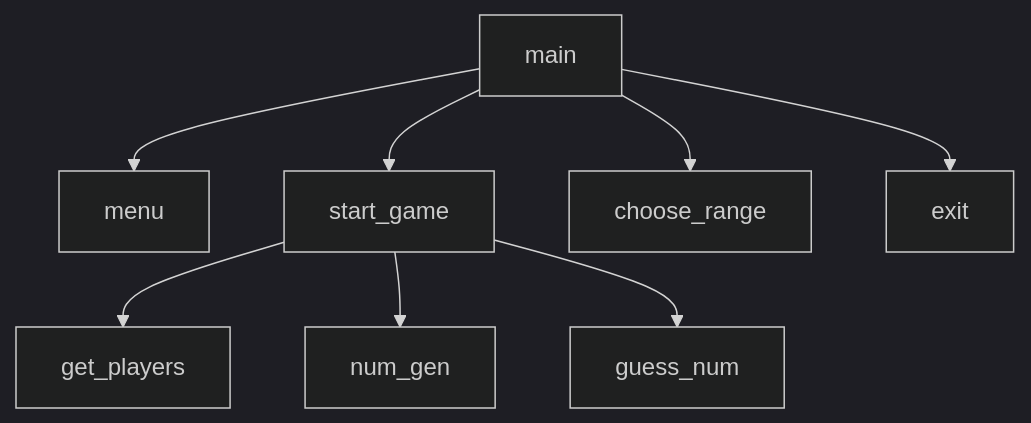
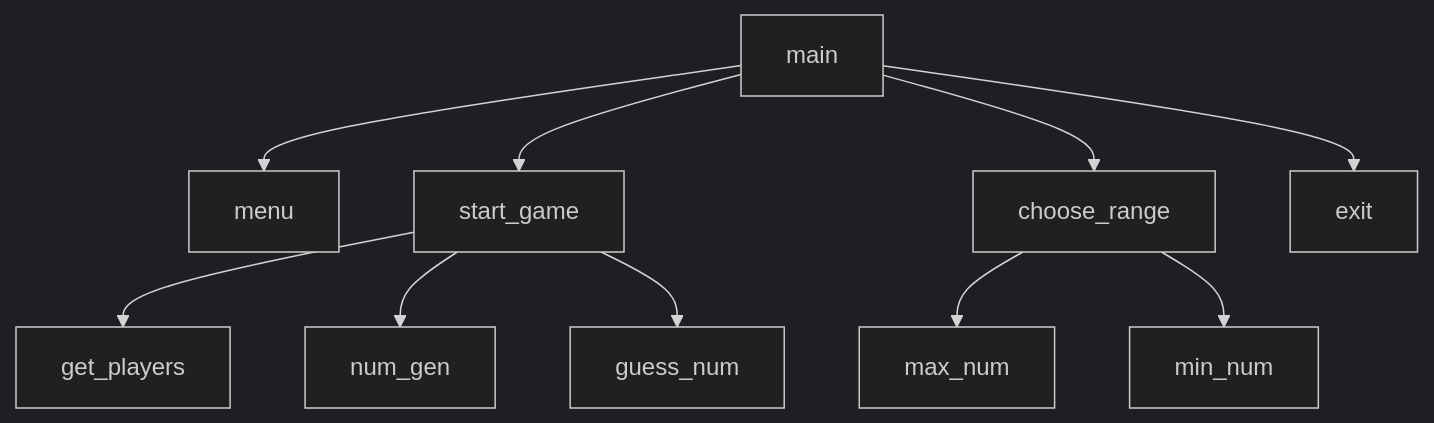
Before and after one commit to tateb14/random-number-game-project: the diagram in README.md, drawn with Mermaid (dark theme).

Commit message:
Update README with choose_range function diagrams
Added function diagrams for choose_range.

````diff
--- a/README.md
+++ b/README.md
@@ -8,10 +8,12 @@
 ```mermaid
 graph TD;
   main-->menu;
   main-->start_game;
   main-->choose_range;
   main-->exit;
   start_game-->get_players;
   start_game-->num_gen;
   start_game-->guess_num;
+  choose_range-->max_num;
+  choose_range-->min_num;
 ```
````
